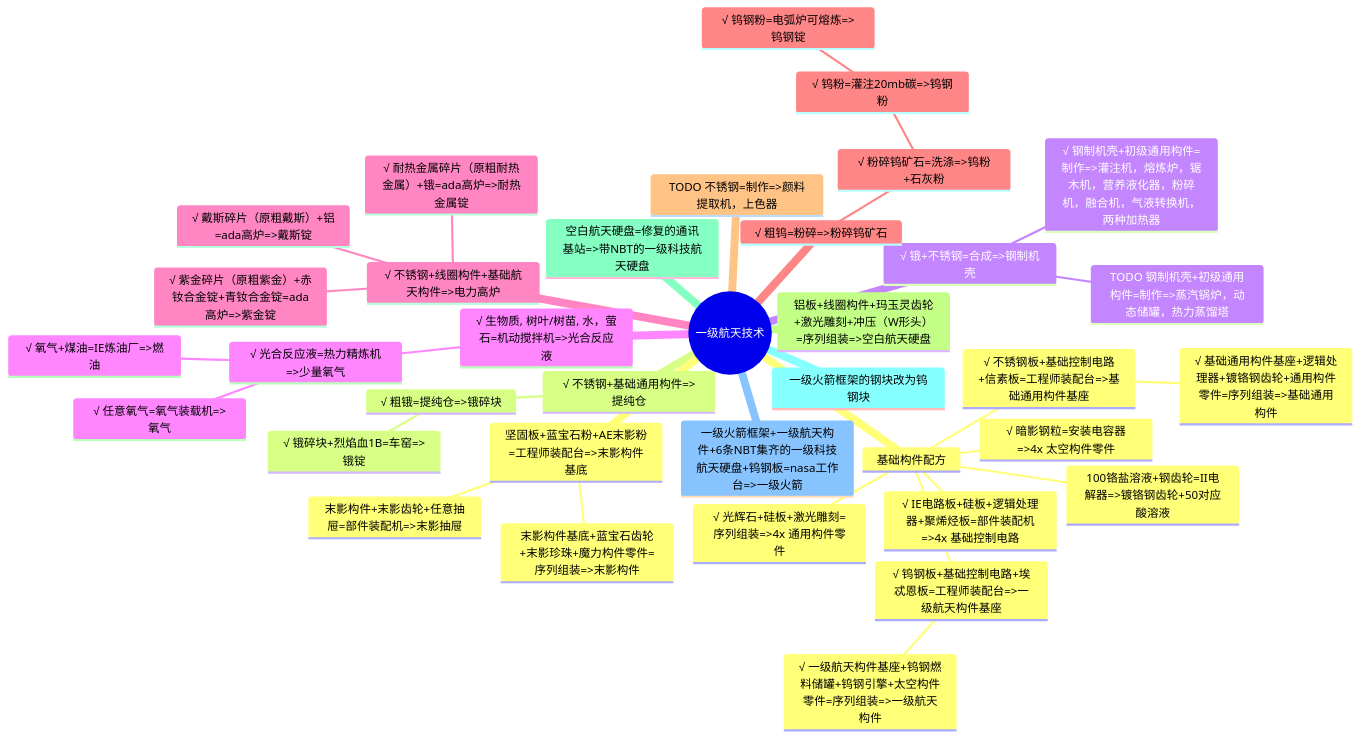
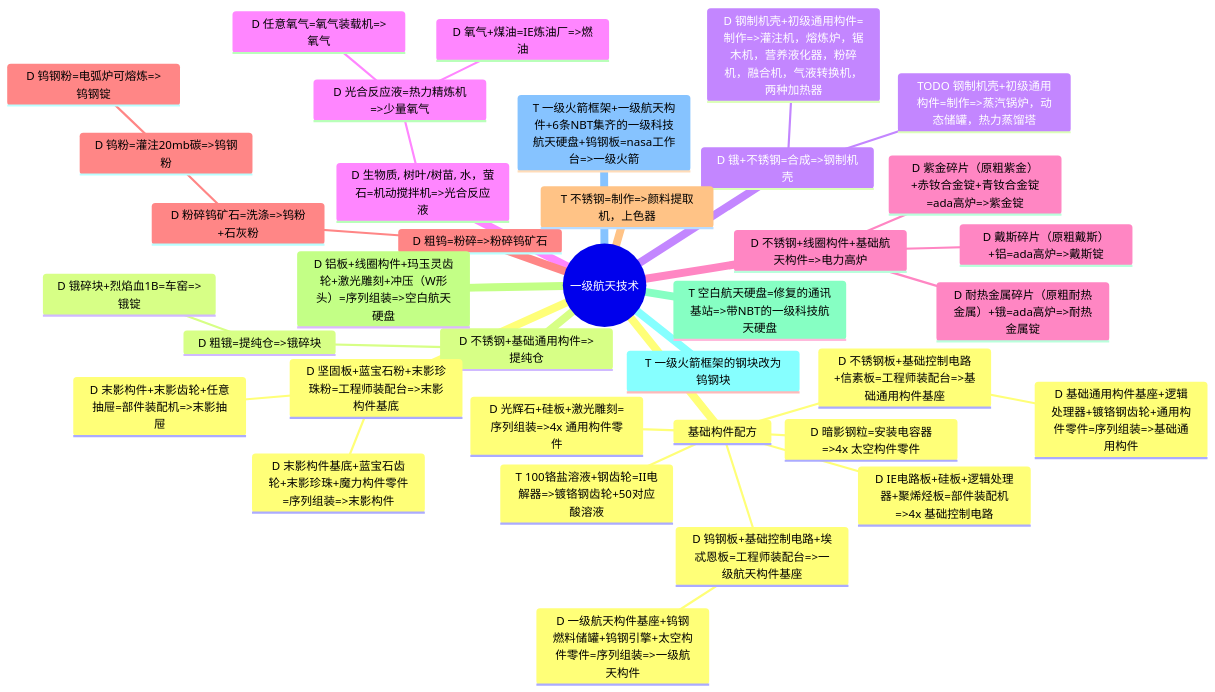
Before and after one commit to VechniMetel/CodeNameCIM2: the first of 3 diagrams in Developer/TechTreeMap.md, drawn with Mermaid. The commit also changed other lines of this file and 63 other files, not shown here.

````diff
--- a/Developer/TechTreeMap.md
+++ b/Developer/TechTreeMap.md
@@ -2,39 +5,39 @@
 ``` mermaid
 mindmap
     root((一级航天技术))
         基础构件配方
-            √ IE电路板+硅板+逻辑处理器+聚烯烃板=部件装配机=>4x 基础控制电路
-            √ 光辉石+硅板+激光雕刻=序列组装=>4x 通用构件零件
-            √ 暗影钢粒=安装电容器=>4x 太空构件零件
-            100铬盐溶液+钢齿轮=II电解器=>镀铬钢齿轮+50对应酸溶液
-            √ 钨钢板+基础控制电路+埃忒恩板=工程师装配台=>一级航天构件基座
-                √ 一级航天构件基座+钨钢燃料储罐+钨钢引擎+太空构件零件=序列组装=>一级航天构件
-            √ 不锈钢板+基础控制电路+信素板=工程师装配台=>基础通用构件基座
-                √ 基础通用构件基座+逻辑处理器+镀铬钢齿轮+通用构件零件=序列组装=>基础通用构件
-        √ 不锈钢+基础通用构件=>提纯仓
-            √ 粗锇=提纯仓=>锇碎块
-                √ 锇碎块+烈焰血1B=车窑=>锇锭
-        √ 锇+不锈钢=合成=>钢制机壳
-            √ 钢制机壳+初级通用构件=制作=>灌注机，熔炼炉，锯木机，营养液化器，粉碎机，融合机，气液转换机，两种加热器
+            D IE电路板+硅板+逻辑处理器+聚烯烃板=部件装配机=>4x 基础控制电路
+            D 光辉石+硅板+激光雕刻=序列组装=>4x 通用构件零件
+            D 暗影钢粒=安装电容器=>4x 太空构件零件
+            T 100铬盐溶液+钢齿轮=II电解器=>镀铬钢齿轮+50对应酸溶液
+            D 钨钢板+基础控制电路+埃忒恩板=工程师装配台=>一级航天构件基座
+                D 一级航天构件基座+钨钢燃料储罐+钨钢引擎+太空构件零件=序列组装=>一级航天构件
+            D 不锈钢板+基础控制电路+信素板=工程师装配台=>基础通用构件基座
+                D 基础通用构件基座+逻辑处理器+镀铬钢齿轮+通用构件零件=序列组装=>基础通用构件
+        D 不锈钢+基础通用构件=>提纯仓
+            D 粗锇=提纯仓=>锇碎块
+                D 锇碎块+烈焰血1B=车窑=>锇锭
+        D 锇+不锈钢=合成=>钢制机壳
+            D 钢制机壳+初级通用构件=制作=>灌注机，熔炼炉，锯木机，营养液化器，粉碎机，融合机，气液转换机，两种加热器
             TODO 钢制机壳+初级通用构件=制作=>蒸汽锅炉，动态储罐，热力蒸馏塔
-        √ 生物质, 树叶/树苗, 水，萤石=机动搅拌机=>光合反应液
-            √ 光合反应液=热力精炼机=>少量氧气
-                √ 氧气+煤油=IE炼油厂=>燃油
-                √ 任意氧气=氧气装载机=>氧气
-        √ 不锈钢+线圈构件+基础航天构件=>电力高炉
-            √ 紫金碎片（原粗紫金）+赤钕合金锭+青钕合金锭=ada高炉=>紫金锭
-            √ 耐热金属碎片（原粗耐热金属）+锇=ada高炉=>耐热金属锭
-            √ 戴斯碎片（原粗戴斯）+铝=ada高炉=>戴斯锭
-        √ 粗钨=粉碎=>粉碎钨矿石
-            √ 粉碎钨矿石=洗涤=>钨粉+石灰粉
-                √ 钨粉=灌注20mb碳=>钨钢粉
-                    √ 钨钢粉=电弧炉可熔炼=>钨钢锭
-        TODO 不锈钢=制作=>颜料提取机，上色器
-        铝板+线圈构件+玛玉灵齿轮+激光雕刻+冲压（W形头）=序列组装=>空白航天硬盘
-        空白航天硬盘=修复的通讯基站=>带NBT的一级科技航天硬盘
-        一级火箭框架的钢块改为钨钢块
-        一级火箭框架+一级航天构件+6条NBT集齐的一级科技航天硬盘+钨钢板=nasa工作台=>一级火箭
-        坚固板+蓝宝石粉+AE末影粉=工程师装配台=>末影构件基底
-            末影构件基底+蓝宝石齿轮+末影珍珠+魔力构件零件=序列组装=>末影构件
-            末影构件+末影齿轮+任意抽屉=部件装配机=>末影抽屉
+        D 生物质, 树叶/树苗, 水，萤石=机动搅拌机=>光合反应液
+            D 光合反应液=热力精炼机=>少量氧气
+                D 氧气+煤油=IE炼油厂=>燃油
+                D 任意氧气=氧气装载机=>氧气
+        D 不锈钢+线圈构件+基础航天构件=>电力高炉
+            D 紫金碎片（原粗紫金）+赤钕合金锭+青钕合金锭=ada高炉=>紫金锭
+            D 耐热金属碎片（原粗耐热金属）+锇=ada高炉=>耐热金属锭
+            D 戴斯碎片（原粗戴斯）+铝=ada高炉=>戴斯锭
+        D 粗钨=粉碎=>粉碎钨矿石
+            D 粉碎钨矿石=洗涤=>钨粉+石灰粉
+                D 钨粉=灌注20mb碳=>钨钢粉
+                    D 钨钢粉=电弧炉可熔炼=>钨钢锭
+        T 不锈钢=制作=>颜料提取机，上色器
+        D 铝板+线圈构件+玛玉灵齿轮+激光雕刻+冲压（W形头）=序列组装=>空白航天硬盘
+        T 空白航天硬盘=修复的通讯基站=>带NBT的一级科技航天硬盘
+        T 一级火箭框架的钢块改为钨钢块
+        T 一级火箭框架+一级航天构件+6条NBT集齐的一级科技航天硬盘+钨钢板=nasa工作台=>一级火箭
+        D 坚固板+蓝宝石粉+末影珍珠粉=工程师装配台=>末影构件基底
+            D 末影构件基底+蓝宝石齿轮+末影珍珠+魔力构件零件=序列组装=>末影构件
+            D 末影构件+末影齿轮+任意抽屉=部件装配机=>末影抽屉
 ```
````
